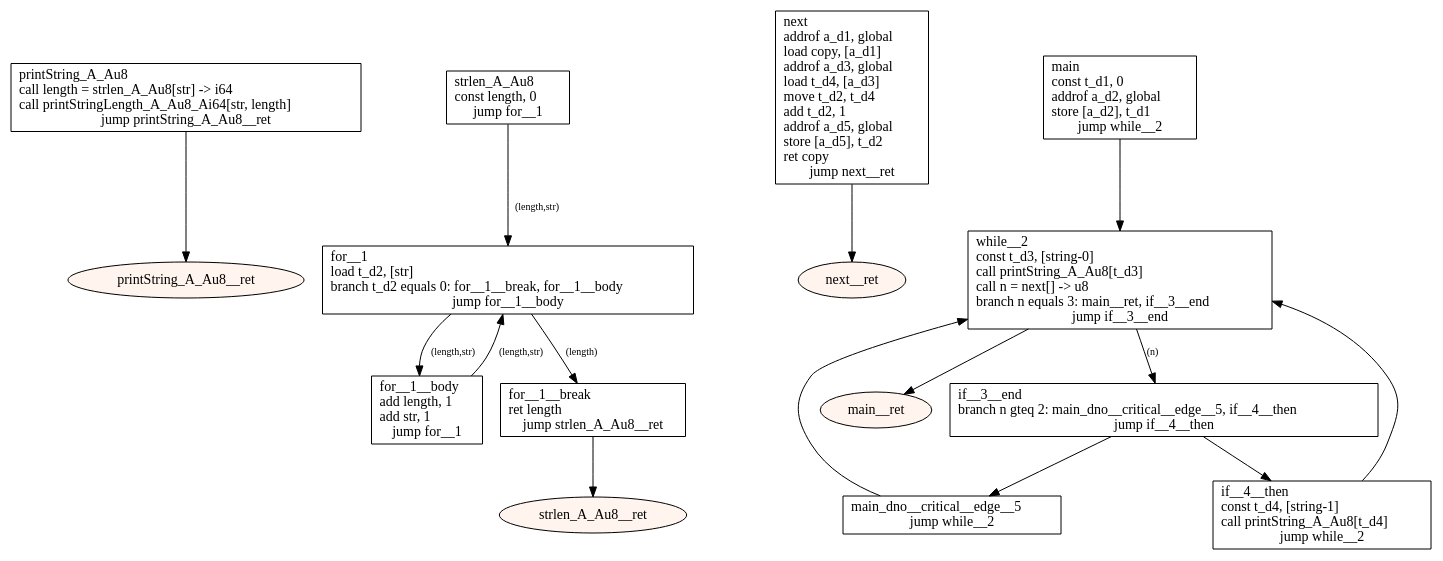
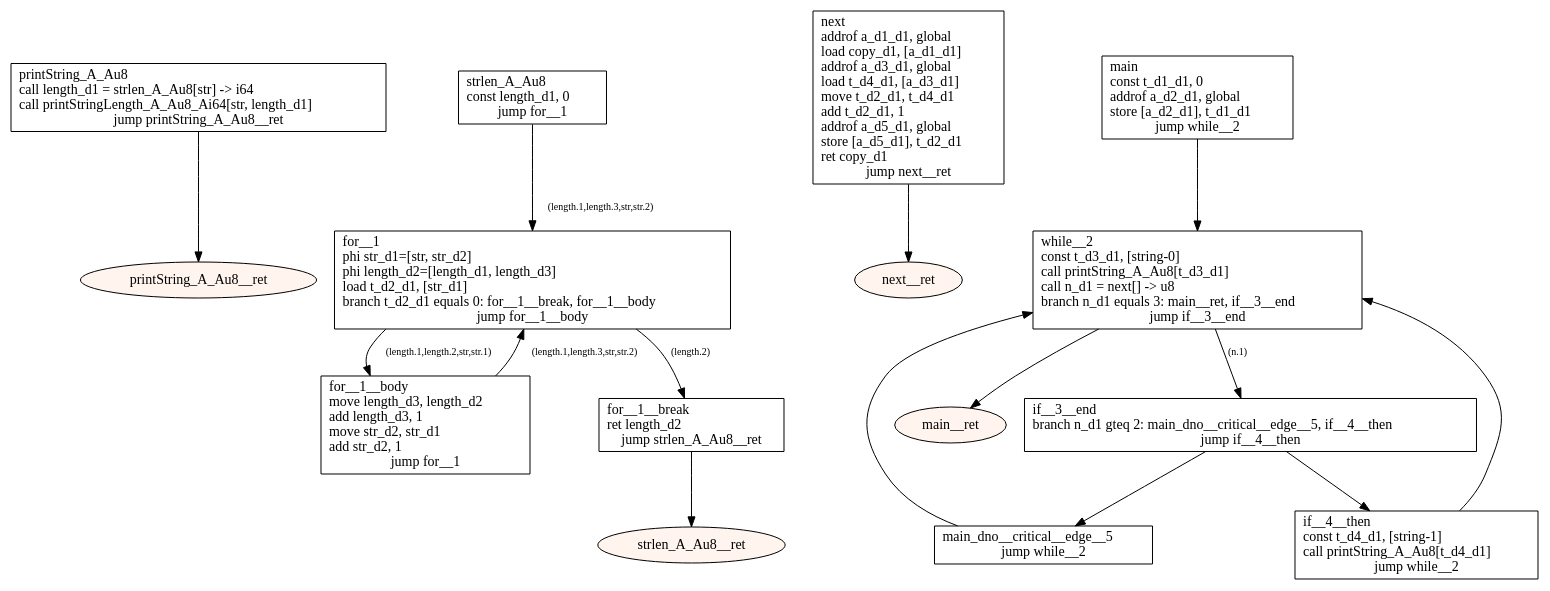
Before and after one commit to tmssngr/tinyC: the diagram in src/main/resources-test/compiler/windows/global vars2.dot, drawn with Graphviz. The commit also changed 90 other files, not shown here.

```diff
--- a/src/main/resources-test/compiler/windows/global vars2.dot
+++ b/src/main/resources-test/compiler/windows/global vars2.dot
@@ -1,40 +1,40 @@
 digraph program {
 	edge[fontsize="10pt"];
 	subgraph fn_printString_A_Au8 {
-		BasicBlock_0_printString_A_Au8 [label="printString_A_Au8\lcall length = strlen_A_Au8[str] -> i64\lcall printStringLength_A_Au8_Ai64[str, length]\ljump printString_A_Au8__ret",shape=box];
+		BasicBlock_0_printString_A_Au8 [label="printString_A_Au8\lcall length_d1 = strlen_A_Au8[str] -> i64\lcall printStringLength_A_Au8_Ai64[str, length_d1]\ljump printString_A_Au8__ret",shape=box];
 		BasicBlock_0_printString_A_Au8 -> BasicBlock_0_printString_A_Au8__ret;
 		BasicBlock_0_printString_A_Au8__ret [label="printString_A_Au8__ret",shape=oval,style=filled,fillcolor="#fff5ee"];
 	}
 	subgraph fn_strlen_A_Au8 {
-		BasicBlock_1_strlen_A_Au8 [label="strlen_A_Au8\lconst length, 0\ljump for__1",shape=box];
-		BasicBlock_1_strlen_A_Au8 -> BasicBlock_1_for__1 [label="(length,str)"];
-		BasicBlock_1_for__1__body [label="for__1__body\ladd length, 1\ladd str, 1\ljump for__1",shape=box];
-		BasicBlock_1_for__1__body -> BasicBlock_1_for__1 [label="(length,str)"];
-		BasicBlock_1_for__1 [label="for__1\lload t_d2, [str]\lbranch t_d2 equals 0: for__1__break, for__1__body\ljump for__1__body",shape=box];
-		BasicBlock_1_for__1 -> BasicBlock_1_for__1__break [label="(length)"];
-		BasicBlock_1_for__1 -> BasicBlock_1_for__1__body [label="(length,str)"];
-		BasicBlock_1_for__1__break [label="for__1__break\lret length\ljump strlen_A_Au8__ret",shape=box];
+		BasicBlock_1_strlen_A_Au8 [label="strlen_A_Au8\lconst length_d1, 0\ljump for__1",shape=box];
+		BasicBlock_1_strlen_A_Au8 -> BasicBlock_1_for__1 [label="(length.1,length.3,str,str.2)"];
+		BasicBlock_1_for__1__body [label="for__1__body\lmove length_d3, length_d2\ladd length_d3, 1\lmove str_d2, str_d1\ladd str_d2, 1\ljump for__1",shape=box];
+		BasicBlock_1_for__1__body -> BasicBlock_1_for__1 [label="(length.1,length.3,str,str.2)"];
+		BasicBlock_1_for__1 [label="for__1\lphi str_d1=[str, str_d2]\lphi length_d2=[length_d1, length_d3]\lload t_d2_d1, [str_d1]\lbranch t_d2_d1 equals 0: for__1__break, for__1__body\ljump for__1__body",shape=box];
+		BasicBlock_1_for__1 -> BasicBlock_1_for__1__break [label="(length.2)"];
+		BasicBlock_1_for__1 -> BasicBlock_1_for__1__body [label="(length.1,length.2,str,str.1)"];
+		BasicBlock_1_for__1__break [label="for__1__break\lret length_d2\ljump strlen_A_Au8__ret",shape=box];
 		BasicBlock_1_for__1__break -> BasicBlock_1_strlen_A_Au8__ret;
 		BasicBlock_1_strlen_A_Au8__ret [label="strlen_A_Au8__ret",shape=oval,style=filled,fillcolor="#fff5ee"];
 	}
 	subgraph fn_next {
-		BasicBlock_2_next [label="next\laddrof a_d1, global\lload copy, [a_d1]\laddrof a_d3, global\lload t_d4, [a_d3]\lmove t_d2, t_d4\ladd t_d2, 1\laddrof a_d5, global\lstore [a_d5], t_d2\lret copy\ljump next__ret",shape=box];
+		BasicBlock_2_next [label="next\laddrof a_d1_d1, global\lload copy_d1, [a_d1_d1]\laddrof a_d3_d1, global\lload t_d4_d1, [a_d3_d1]\lmove t_d2_d1, t_d4_d1\ladd t_d2_d1, 1\laddrof a_d5_d1, global\lstore [a_d5_d1], t_d2_d1\lret copy_d1\ljump next__ret",shape=box];
 		BasicBlock_2_next -> BasicBlock_2_next__ret;
 		BasicBlock_2_next__ret [label="next__ret",shape=oval,style=filled,fillcolor="#fff5ee"];
 	}
 	subgraph fn_main {
-		BasicBlock_3_main [label="main\lconst t_d1, 0\laddrof a_d2, global\lstore [a_d2], t_d1\ljump while__2",shape=box];
+		BasicBlock_3_main [label="main\lconst t_d1_d1, 0\laddrof a_d2_d1, global\lstore [a_d2_d1], t_d1_d1\ljump while__2",shape=box];
 		BasicBlock_3_main -> BasicBlock_3_while__2;
-		BasicBlock_3_if__3__end [label="if__3__end\lbranch n gteq 2: main_dno__critical__edge__5, if__4__then\ljump if__4__then",shape=box];
+		BasicBlock_3_if__3__end [label="if__3__end\lbranch n_d1 gteq 2: main_dno__critical__edge__5, if__4__then\ljump if__4__then",shape=box];
 		BasicBlock_3_if__3__end -> BasicBlock_3_main_dno__critical__edge__5;
 		BasicBlock_3_if__3__end -> BasicBlock_3_if__4__then;
 		BasicBlock_3_main_dno__critical__edge__5 [label="main_dno__critical__edge__5\ljump while__2",shape=box];
 		BasicBlock_3_main_dno__critical__edge__5 -> BasicBlock_3_while__2;
-		BasicBlock_3_if__4__then [label="if__4__then\lconst t_d4, [string-1]\lcall printString_A_Au8[t_d4]\ljump while__2",shape=box];
+		BasicBlock_3_if__4__then [label="if__4__then\lconst t_d4_d1, [string-1]\lcall printString_A_Au8[t_d4_d1]\ljump while__2",shape=box];
 		BasicBlock_3_if__4__then -> BasicBlock_3_while__2;
-		BasicBlock_3_while__2 [label="while__2\lconst t_d3, [string-0]\lcall printString_A_Au8[t_d3]\lcall n = next[] -> u8\lbranch n equals 3: main__ret, if__3__end\ljump if__3__end",shape=box];
+		BasicBlock_3_while__2 [label="while__2\lconst t_d3_d1, [string-0]\lcall printString_A_Au8[t_d3_d1]\lcall n_d1 = next[] -> u8\lbranch n_d1 equals 3: main__ret, if__3__end\ljump if__3__end",shape=box];
 		BasicBlock_3_while__2 -> BasicBlock_3_main__ret;
-		BasicBlock_3_while__2 -> BasicBlock_3_if__3__end [label="(n)"];
+		BasicBlock_3_while__2 -> BasicBlock_3_if__3__end [label="(n.1)"];
 		BasicBlock_3_main__ret [label="main__ret",shape=oval,style=filled,fillcolor="#fff5ee"];
 	}
 }
```
